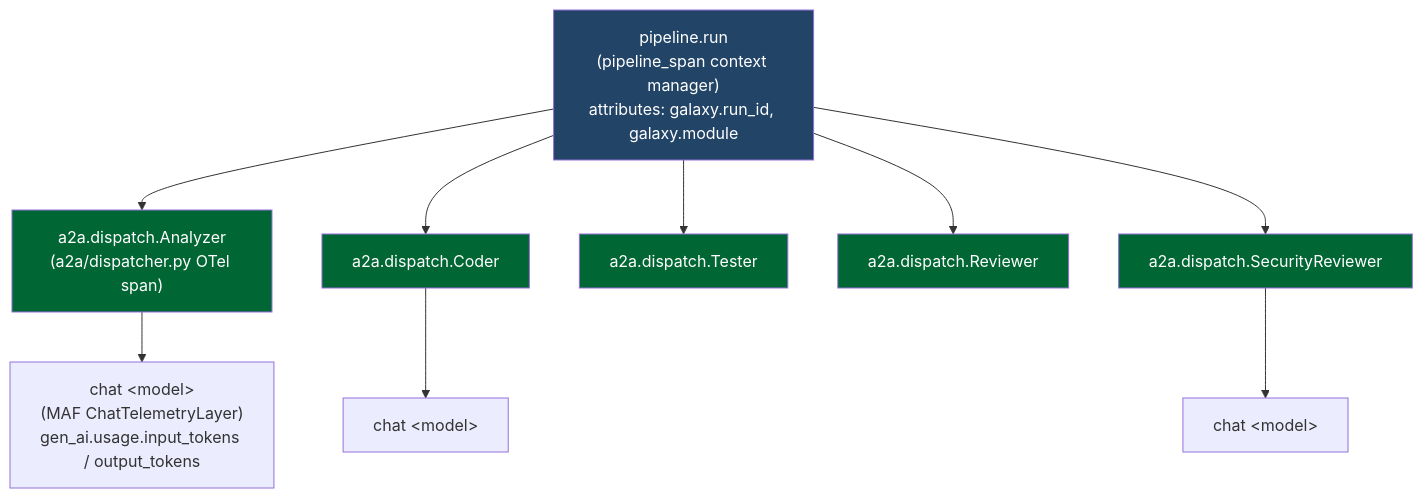
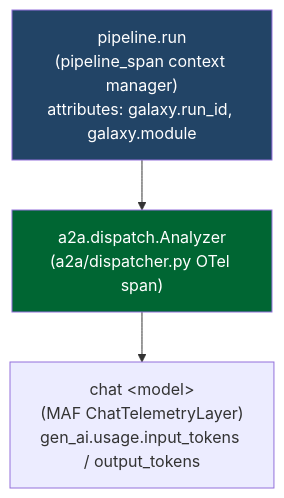
One commit to rlpatrao/agent-gov-sec changed the fourth of 9 diagrams in docs/architecture.md. Above: the diagram before and after it, drawn with Mermaid. The commit also changed other lines of this file and 144 other files, not shown here.

````diff
--- a/docs/architecture.md
+++ b/docs/architecture.md
@@ -255,19 +248,9 @@
 ```mermaid
 flowchart TB
   Root["pipeline.run\n(pipeline_span context manager)\nattributes: galaxy.run_id, galaxy.module"]
   Root --> A2AAna["a2a.dispatch.Analyzer\n(a2a/dispatcher.py OTel span)"]
   A2AAna --> AnaLLM["chat &lt;model&gt;\n(MAF ChatTelemetryLayer)\ngen_ai.usage.input_tokens / output_tokens"]
-  Root --> A2ACod["a2a.dispatch.Coder"]
-  A2ACod --> CodLLM["chat &lt;model&gt;"]
-  Root --> A2ATes["a2a.dispatch.Tester"]
-  Root --> A2ARev["a2a.dispatch.Reviewer"]
-  Root --> A2ASec["a2a.dispatch.SecurityReviewer"]
-  A2ASec --> SecLLM["chat &lt;model&gt;"]
 
   style Root fill:#246,color:#fff
   style A2AAna fill:#063,color:#fff
-  style A2ACod fill:#063,color:#fff
-  style A2ATes fill:#063,color:#fff
-  style A2ARev fill:#063,color:#fff
-  style A2ASec fill:#063,color:#fff
 ```
````
